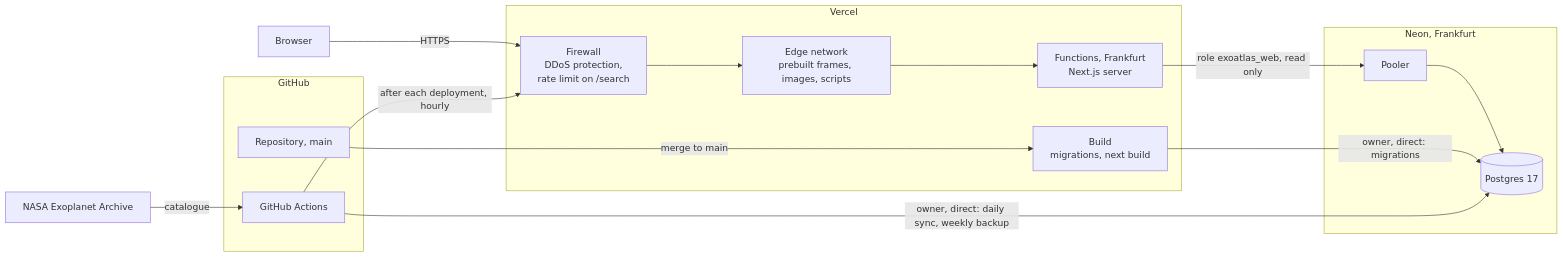
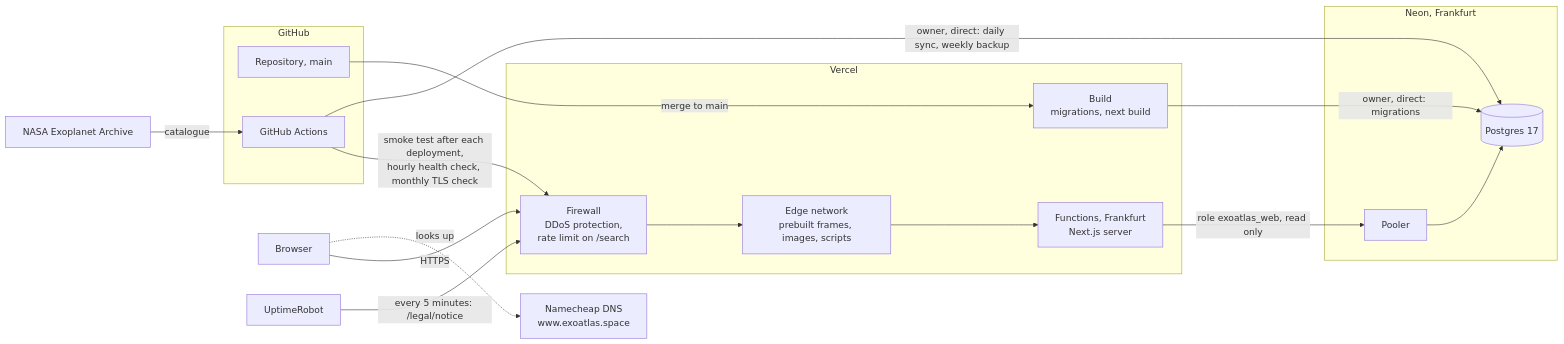
The second of 11 diagrams in docs/ARCHITECTURE.md (tomdevtech/ExoAtlas), drawn with Mermaid before and after one commit. The commit also changed other lines of this file and 4 other files, not shown here.

````diff
--- a/docs/ARCHITECTURE.md
+++ b/docs/ARCHITECTURE.md
@@ -44,27 +52,31 @@
 ```mermaid
 flowchart LR
     Browser
     NASA[NASA Exoplanet Archive]
     subgraph Vercel
         FW[Firewall<br>DDoS protection,<br>rate limit on /search]
         Edge[Edge network<br>prebuilt frames, images, scripts]
         Fn[Functions, Frankfurt<br>Next.js server]
         Build[Build<br>migrations, next build]
     end
     subgraph Neon[Neon, Frankfurt]
         Pooler
         PG[(Postgres 17)]
     end
     subgraph GitHub
         Repo[Repository, main]
         Actions[GitHub Actions]
     end
+    Uptime[UptimeRobot]
+    DNS[Namecheap DNS<br>www.exoatlas.space]
 
+    Browser -.->|looks up| DNS
     Browser -->|HTTPS| FW --> Edge --> Fn
     Fn -->|role exoatlas_web, read only| Pooler --> PG
     Repo -->|merge to main| Build
     Build -->|owner, direct: migrations| PG
     NASA -->|catalogue| Actions
     Actions -->|owner, direct: daily sync, weekly backup| PG
-    Actions -->|after each deployment, hourly| FW
+    Actions -->|smoke test after each deployment,<br>hourly health check, monthly TLS check| FW
+    Uptime -->|every 5 minutes: /legal/notice| FW
 ```
````
